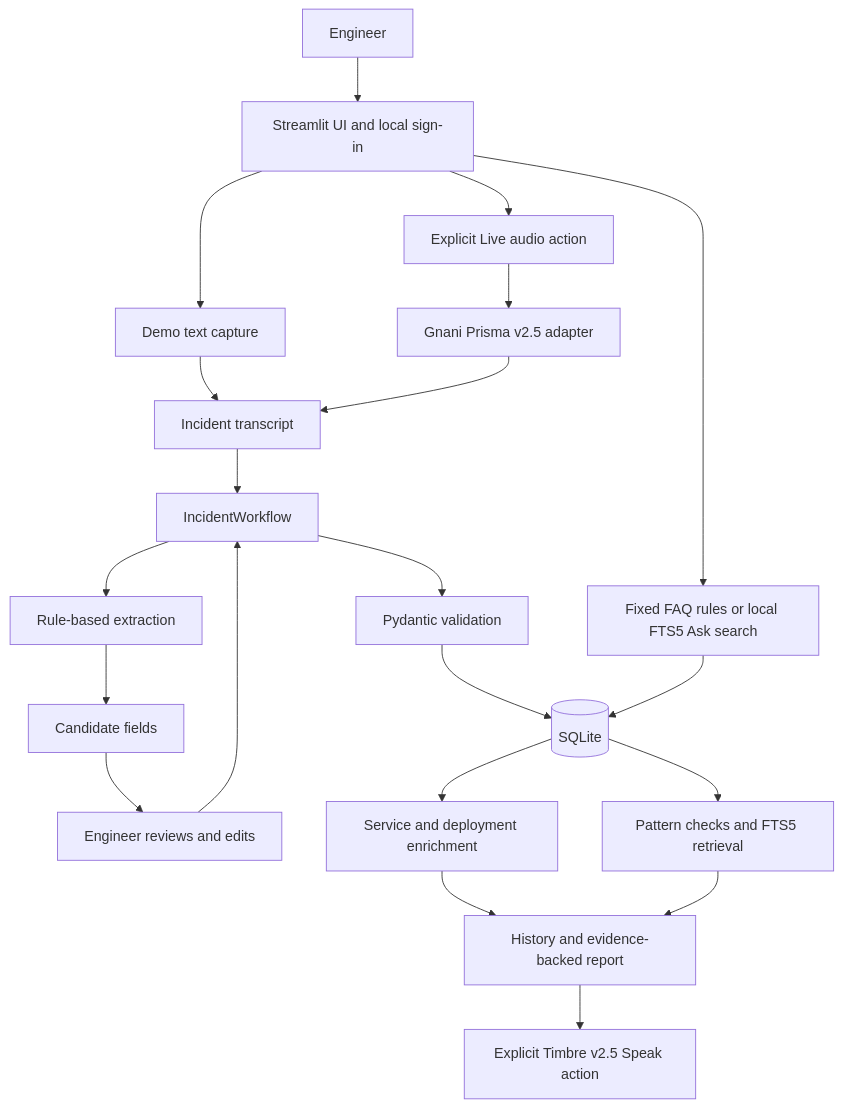
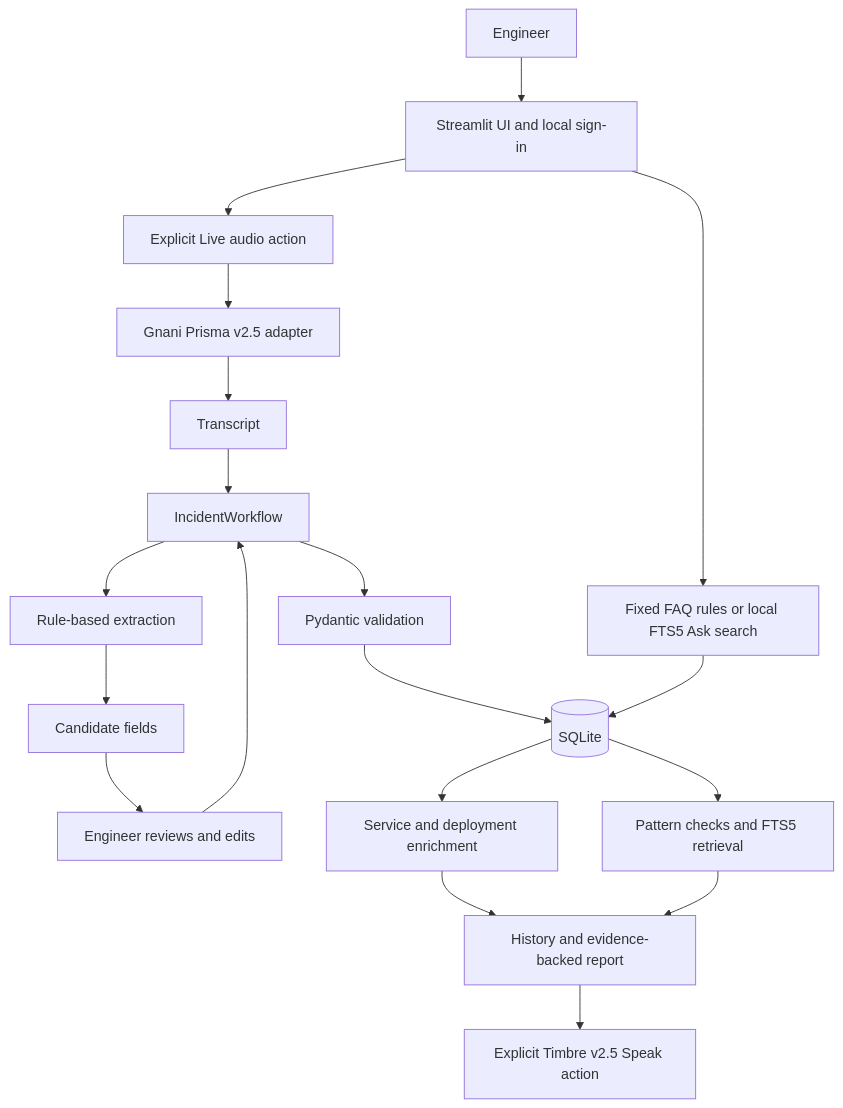
The diagram in README.md (ashutosh-dubey07/OpsDairy), drawn with Mermaid before and after one commit. The commit also changed other lines of this file and 9 other files, not shown here.

````diff
--- a/README.md
+++ b/README.md
@@ -59,23 +59,21 @@
 ```mermaid
 flowchart TD
     User[Engineer] --> UI[Streamlit UI and local sign-in]
-    UI --> Demo[Demo text capture]
     UI --> Live[Explicit Live audio action]
     Live --> Prisma[Gnani Prisma v2.5 adapter]
-    Demo --> Transcript[Incident transcript]
     Prisma --> Transcript
     Transcript --> Workflow[IncidentWorkflow]
     Workflow --> Extract[Rule-based extraction]
     Extract --> Candidate[Candidate fields]
     Candidate --> Review[Engineer reviews and edits]
     Review --> Workflow
     Workflow --> Validate[Pydantic validation]
     Validate --> Store[(SQLite)]
     Store --> Context[Service and deployment enrichment]
     Store --> Search[Pattern checks and FTS5 retrieval]
     Context --> History[History and evidence-backed report]
     Search --> History
     UI --> Ask[Fixed FAQ rules or local FTS5 Ask search]
     Ask --> Store
     History --> TTS[Explicit Timbre v2.5 Speak action]
 ```
````
